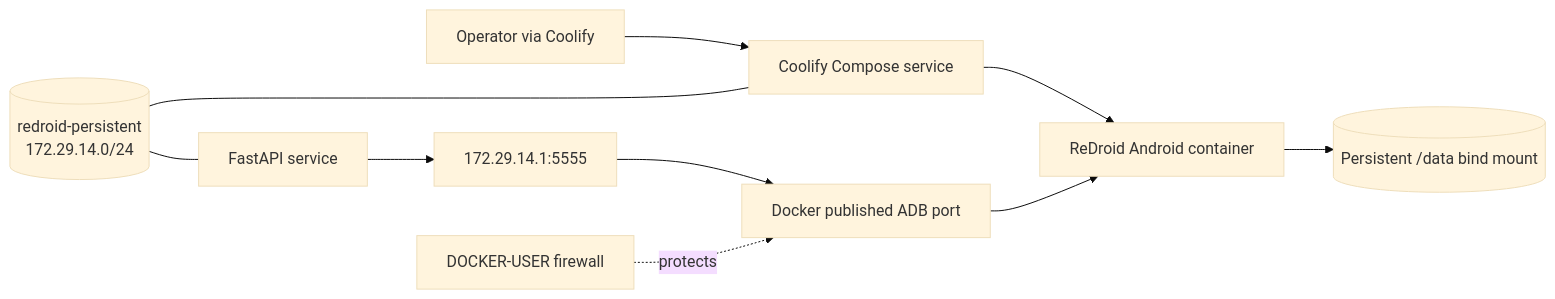
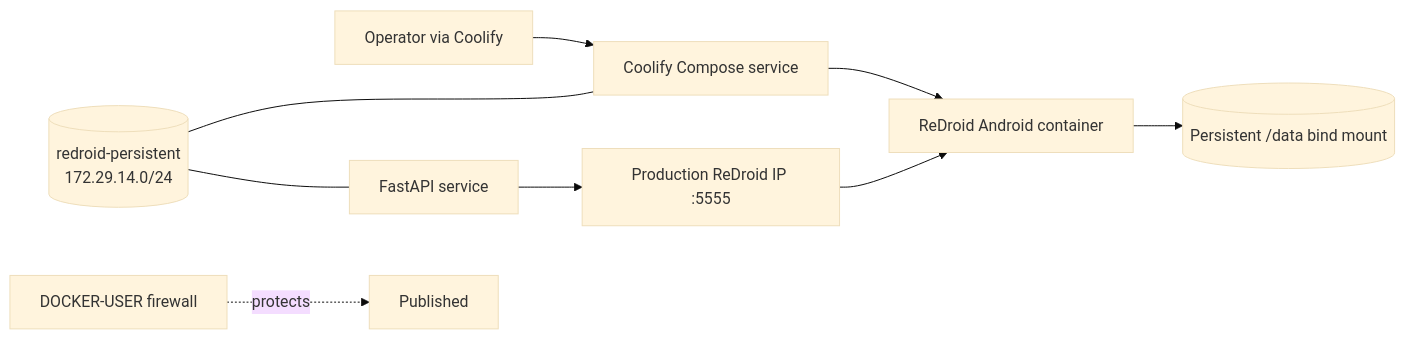
Before and after one commit to rishi058/REDROID: the first of 4 diagrams in KernelSU_setup/coolify/setup-guide-coolify.md, drawn with Mermaid (base theme). The commit also changed other lines of this file and 35 other files, not shown here.

````diff
--- a/KernelSU_setup/coolify/setup-guide-coolify.md
+++ b/KernelSU_setup/coolify/setup-guide-coolify.md
@@ -166,12 +166,11 @@
 ```mermaid
 flowchart LR
     Operator[Operator via Coolify] --> Compose[Coolify Compose service]
     Compose --> Android[ReDroid Android container]
     Android --> Data[(Persistent /data bind mount)]
-    API[FastAPI service] --> Gateway[172.29.14.1:5555]
-    Gateway --> Published[Docker published ADB port]
-    Published --> Android
+    API[FastAPI service] --> Direct[Production ReDroid IP :5555]
+    Direct --> Android
     Network[(redroid-persistent\n172.29.14.0/24)] --- Compose
     Network --- API
     Firewall[DOCKER-USER firewall] -. protects .-> Published
 ```
````
